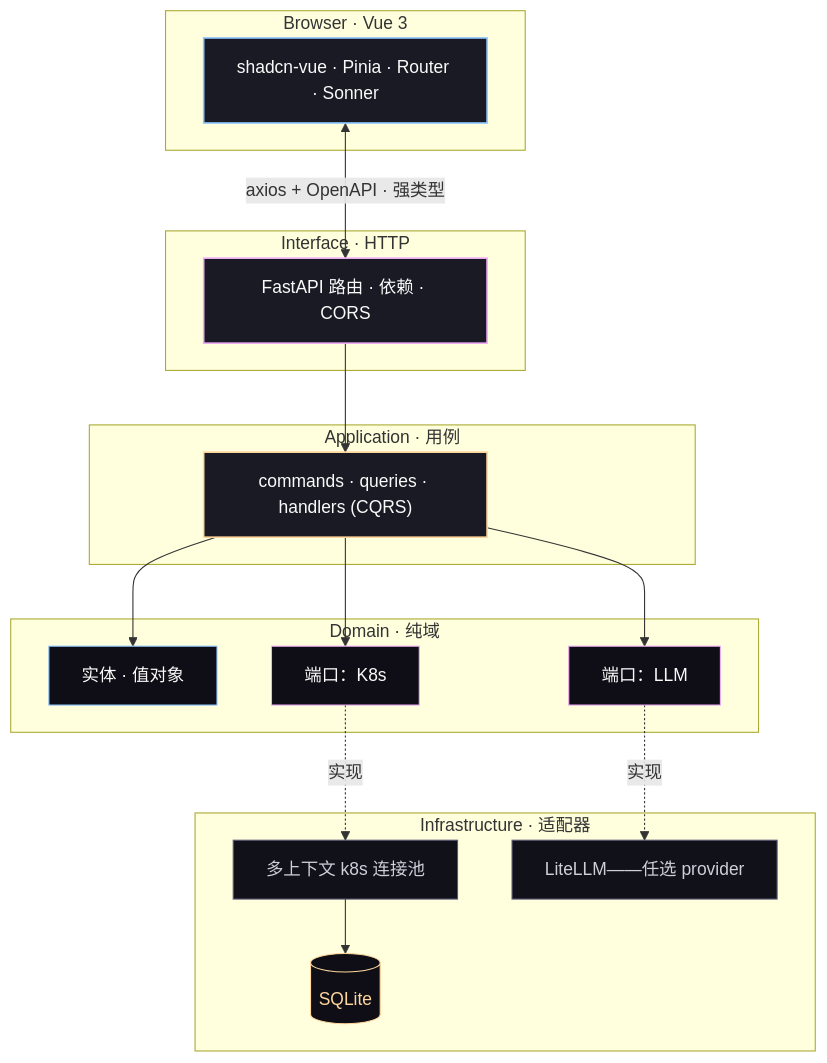
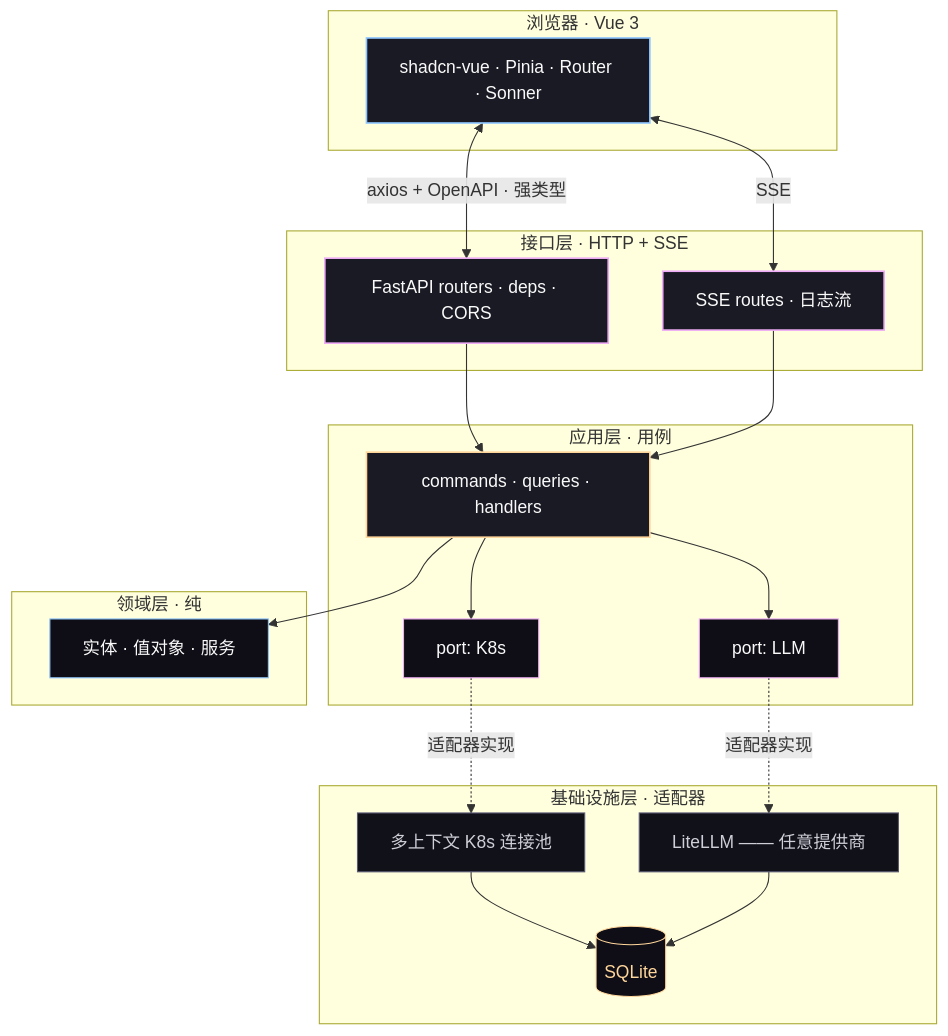
Before and after one commit to mcgrapeng/Spotlight: the diagram in README.zh-CN.md, drawn with Mermaid. The commit also changed other lines of this file, not shown here.

````diff
--- a/README.zh-CN.md
+++ b/README.zh-CN.md
@@ -345,42 +153,46 @@
 ```mermaid
 flowchart TB
   classDef ui    fill:#1A1A24,stroke:#8EC5FF,stroke-width:1.5px,color:#FAFAFA
   classDef api   fill:#1A1A24,stroke:#EFADF7,stroke-width:1.5px,color:#FAFAFA
   classDef app   fill:#1A1A24,stroke:#FFD69B,stroke-width:1.5px,color:#FAFAFA
+  classDef port  fill:#0F0E16,stroke:#EFADF7,stroke-width:1px,color:#FAFAFA
   classDef dom   fill:#0F0E16,stroke:#8EC5FF,stroke-width:1px,color:#FAFAFA
-  classDef port  fill:#0F0E16,stroke:#EFADF7,stroke-width:1px,color:#FAFAFA
   classDef infra fill:#11111A,stroke:#5A5A75,stroke-width:1px,color:#CFCFD8
   classDef store fill:#0F0E16,stroke:#FFD69B,stroke-width:1px,color:#FFD69B
 
-  subgraph Browser["Browser · Vue 3"]
+  subgraph Browser["浏览器 · Vue 3"]
     UI["shadcn-vue · Pinia · Router · Sonner"]:::ui
   end
 
-  subgraph Edge["Interface · HTTP"]
-    API["FastAPI 路由 · 依赖 · CORS"]:::api
+  subgraph Edge["接口层 · HTTP + SSE"]
+    API["FastAPI routers · deps · CORS"]:::api
+    SSE["SSE routes · 日志流"]:::api
   end
 
-  subgraph App["Application · 用例"]
-    UC["commands · queries · handlers (CQRS)"]:::app
+  subgraph App["应用层 · 用例"]
+    UC["commands · queries · handlers"]:::app
+    PK["port: K8s"]:::port
+    PL["port: LLM"]:::port
   end
 
-  subgraph Dom["Domain · 纯域"]
-    ENT["实体 · 值对象"]:::dom
-    PK["端口：K8s"]:::port
-    PL["端口：LLM"]:::port
+  subgraph Dom["领域层 · 纯"]
+    ENT["实体 · 值对象 · 服务"]:::dom
   end
 
-  subgraph Infra["Infrastructure · 适配器"]
-    K8S["多上下文 k8s 连接池"]:::infra
-    LLM["LiteLLM——任选 provider"]:::infra
+  subgraph Infra["基础设施层 · 适配器"]
+    K8S["多上下文 K8s 连接池"]:::infra
+    LLM["LiteLLM —— 任意提供商"]:::infra
     DB[("SQLite")]:::store
   end
 
   UI <-->|"axios + OpenAPI · 强类型"| API
+  UI <-->|SSE| SSE
   API --> UC
+  SSE --> UC
   UC --> ENT
   UC --> PK & PL
-  PK -. 实现 .-> K8S
-  PL -. 实现 .-> LLM
+  PK -. 适配器实现 .-> K8S
+  PL -. 适配器实现 .-> LLM
   K8S --> DB
+  LLM --> DB
 ```
````
